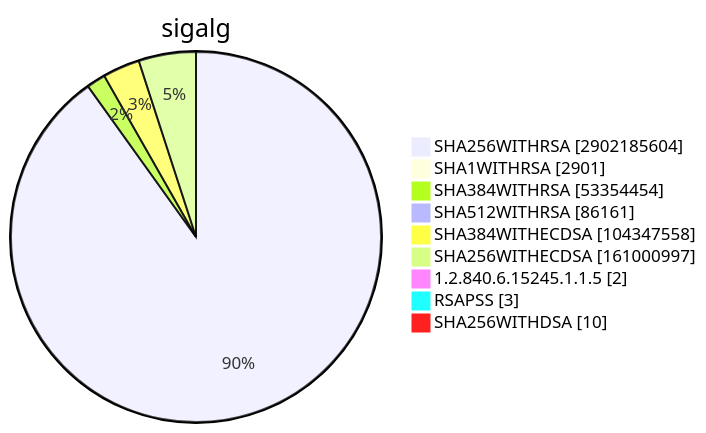
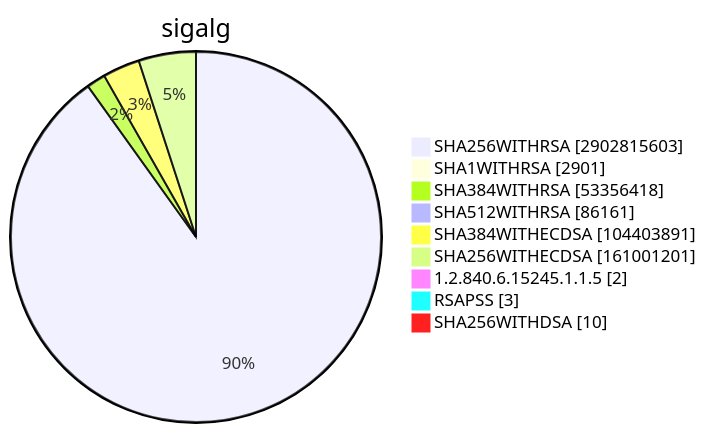
Before and after one commit to christiankrug/ctmonitor_visualization: diagram 15 of 15 in TOTAL/README.md, drawn with Mermaid. The commit also changed other lines of this file, not shown here.

````diff
--- a/TOTAL/README.md
+++ b/TOTAL/README.md
@@ -6207,13 +6207,13 @@
 ```mermaid
 pie showData
 title sigalg
-"SHA256WITHRSA" :2902185604
+"SHA256WITHRSA" :2902815603
 "SHA1WITHRSA" :2901
-"SHA384WITHRSA" :53354454
+"SHA384WITHRSA" :53356418
 "SHA512WITHRSA" :86161
-"SHA384WITHECDSA" :104347558
-"SHA256WITHECDSA" :161000997
+"SHA384WITHECDSA" :104403891
+"SHA256WITHECDSA" :161001201
 "1.2.840.6.15245.1.1.5" :2
 "RSAPSS" :3
 "SHA256WITHDSA" :10
 ```
````
